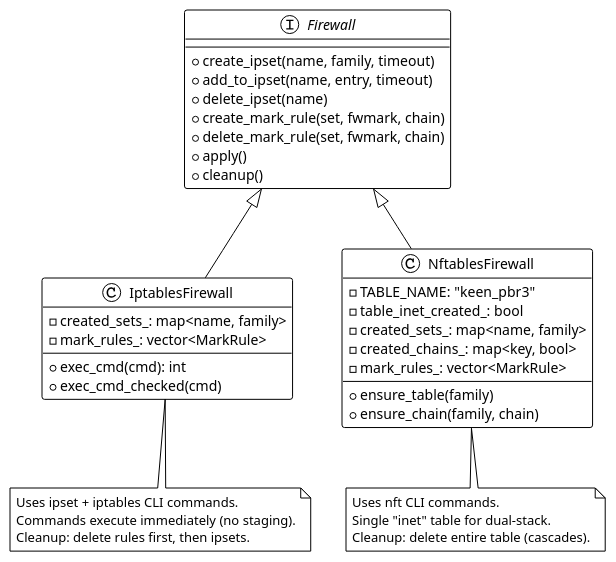
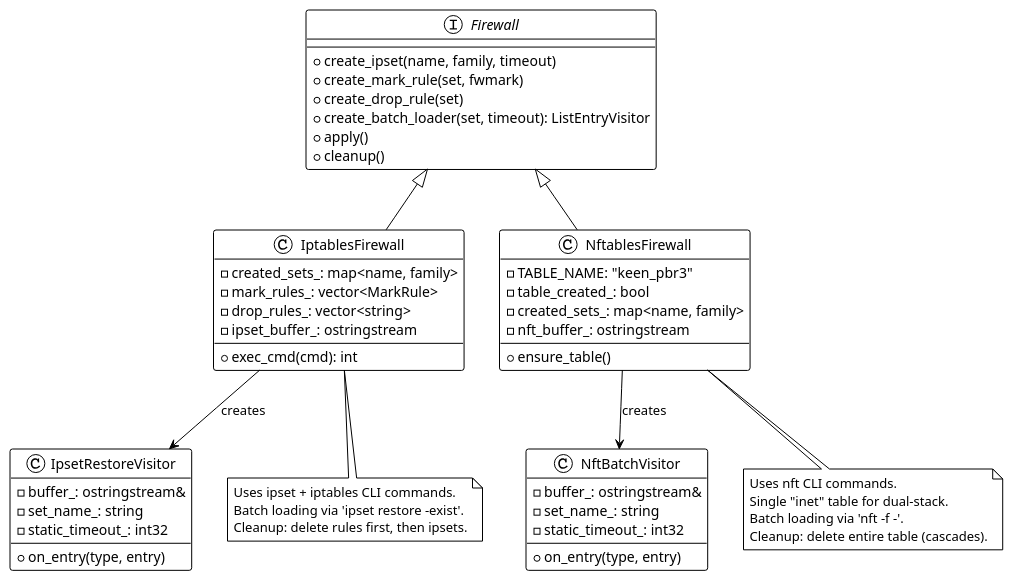
The ninth of 16 diagrams in STATE.md (maksimkurb/keen-pbr), drawn with PlantUML before and after one commit. The commit also changed other lines of this file and 5 other files, not shown here.

````diff
--- a/STATE.md
+++ b/STATE.md
@@ -803,48 +930,63 @@
 ```plantuml
 @startuml firewall
 !theme plain
 skinparam backgroundColor white
 
 interface "Firewall" as fw {
   +create_ipset(name, family, timeout)
-  +add_to_ipset(name, entry, timeout)
-  +delete_ipset(name)
-  +create_mark_rule(set, fwmark, chain)
-  +delete_mark_rule(set, fwmark, chain)
+  +create_mark_rule(set, fwmark)
+  +create_drop_rule(set)
+  +create_batch_loader(set, timeout): ListEntryVisitor
   +apply()
   +cleanup()
 }
 
 class "IptablesFirewall" as ipt {
   -created_sets_: map<name, family>
   -mark_rules_: vector<MarkRule>
+  -drop_rules_: vector<string>
+  -ipset_buffer_: ostringstream
   +exec_cmd(cmd): int
-  +exec_cmd_checked(cmd)
 }
 
 class "NftablesFirewall" as nft {
   -TABLE_NAME: "keen_pbr3"
-  -table_inet_created_: bool
+  -table_created_: bool
   -created_sets_: map<name, family>
-  -created_chains_: map<key, bool>
-  -mark_rules_: vector<MarkRule>
-  +ensure_table(family)
-  +ensure_chain(family, chain)
+  -nft_buffer_: ostringstream
+  +ensure_table()
+}
+
+class "IpsetRestoreVisitor" as irv {
+  -buffer_: ostringstream&
+  -set_name_: string
+  -static_timeout_: int32
+  +on_entry(type, entry)
+}
+
+class "NftBatchVisitor" as nbv {
+  -buffer_: ostringstream&
+  -set_name_: string
+  -static_timeout_: int32
+  +on_entry(type, entry)
 }
 
 fw <|-- ipt
 fw <|-- nft
+ipt --> irv : creates
+nft --> nbv : creates
 
 note bottom of ipt
   Uses ipset + iptables CLI commands.
-  Commands execute immediately (no staging).
+  Batch loading via 'ipset restore -exist'.
   Cleanup: delete rules first, then ipsets.
 end note
 
 note bottom of nft
   Uses nft CLI commands.
   Single "inet" table for dual-stack.
+  Batch loading via 'nft -f -'.
   Cleanup: delete entire table (cascades).
 end note
 @enduml
 ```
````
